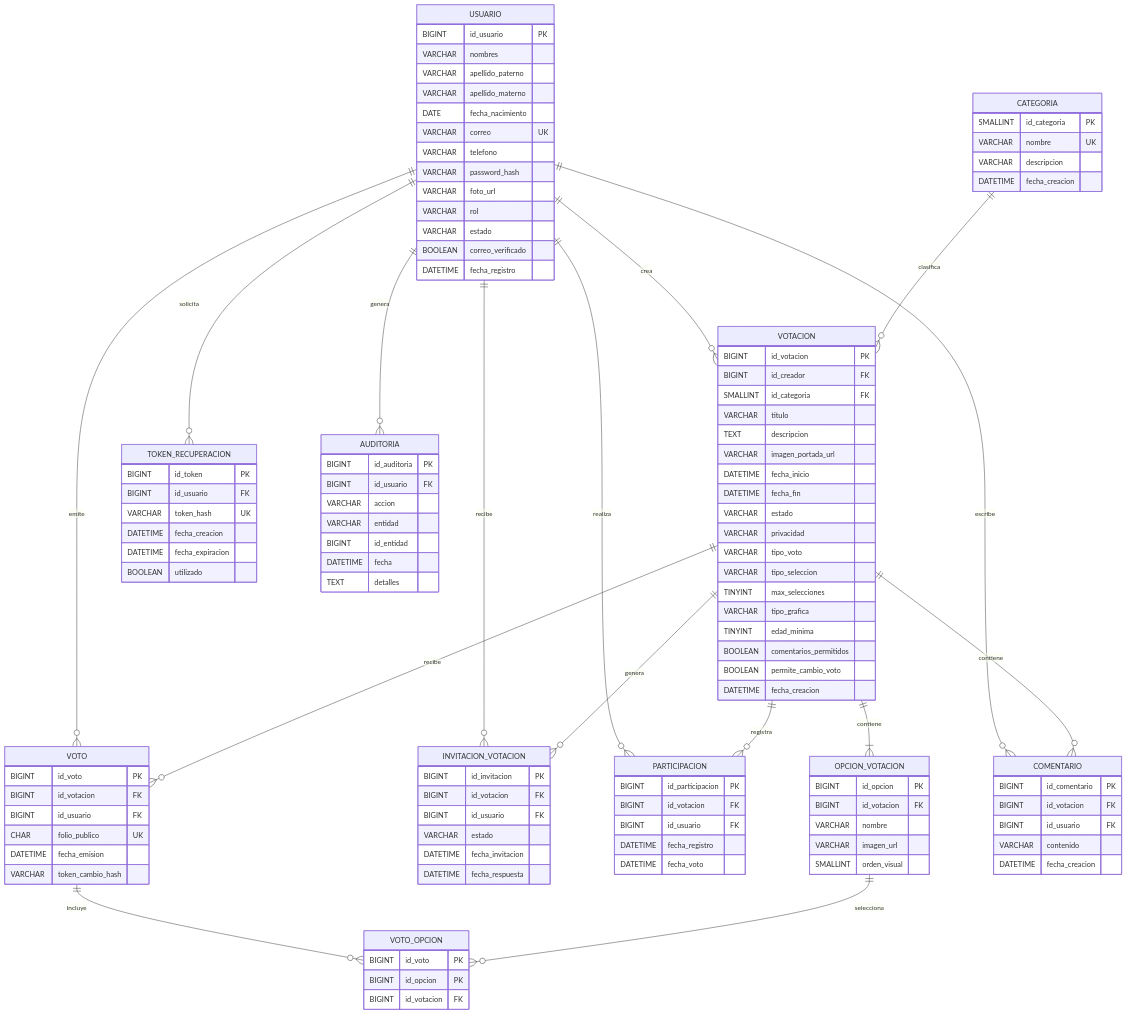
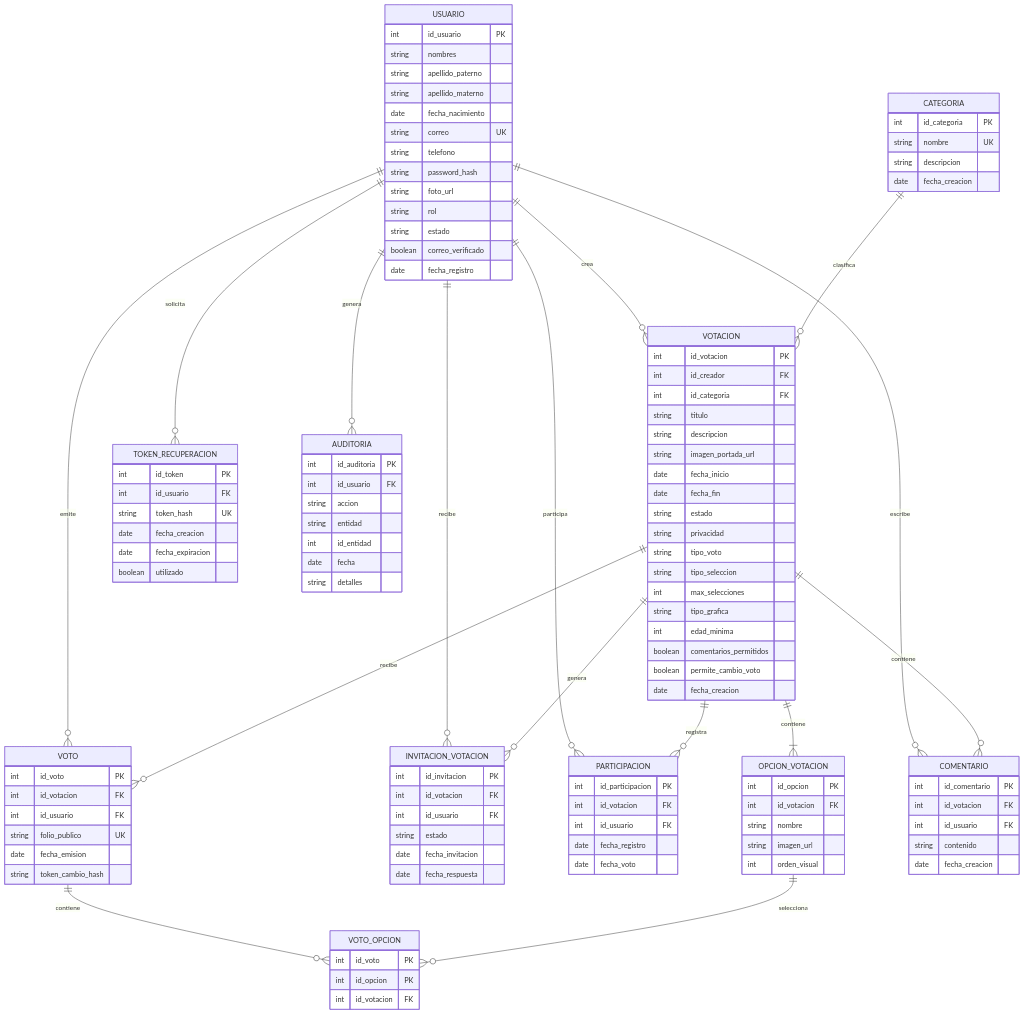
One commit to AlejandroGuillermo7/VotaYa changed the diagram in README.md. Above: the diagram before and after it, drawn with Mermaid.

Commit message:
Agrega .gitignore y actualiza README

````diff
--- a/README.md
+++ b/README.md
@@ -110,136 +110,129 @@
 ```mermaid
 erDiagram
-
     USUARIO ||--o{ VOTACION : crea
     CATEGORIA ||--o{ VOTACION : clasifica
     VOTACION ||--|{ OPCION_VOTACION : contiene
-
     USUARIO ||--o{ INVITACION_VOTACION : recibe
     VOTACION ||--o{ INVITACION_VOTACION : genera
-
-    USUARIO ||--o{ PARTICIPACION : realiza
+    USUARIO ||--o{ PARTICIPACION : participa
     VOTACION ||--o{ PARTICIPACION : registra
-
     USUARIO ||--o{ VOTO : emite
     VOTACION ||--o{ VOTO : recibe
-
-    VOTO ||--o{ VOTO_OPCION : incluye
+    VOTO ||--o{ VOTO_OPCION : contiene
     OPCION_VOTACION ||--o{ VOTO_OPCION : selecciona
-
     USUARIO ||--o{ COMENTARIO : escribe
     VOTACION ||--o{ COMENTARIO : contiene
-
     USUARIO ||--o{ TOKEN_RECUPERACION : solicita
     USUARIO ||--o{ AUDITORIA : genera
 
     USUARIO {
-        BIGINT id_usuario PK
-        VARCHAR nombres
-        VARCHAR apellido_paterno
-        VARCHAR apellido_materno
-        DATE fecha_nacimiento
-        VARCHAR correo UK
-        VARCHAR telefono
-        VARCHAR password_hash
-        VARCHAR foto_url
-        VARCHAR rol
-        VARCHAR estado
-        BOOLEAN correo_verificado
-        DATETIME fecha_registro
+        int id_usuario PK
+        string nombres
+        string apellido_paterno
+        string apellido_materno
+        date fecha_nacimiento
+        string correo UK
+        string telefono
+        string password_hash
+        string foto_url
+        string rol
+        string estado
+        boolean correo_verificado
+        date fecha_registro
     }
 
     CATEGORIA {
-        SMALLINT id_categoria PK
-        VARCHAR nombre UK
-        VARCHAR descripcion
-        DATETIME fecha_creacion
+        int id_categoria PK
+        string nombre UK
+        string descripcion
+        date fecha_creacion
     }
 
     VOTACION {
-        BIGINT id_votacion PK
-        BIGINT id_creador FK
-        SMALLINT id_categoria FK
-        VARCHAR titulo
-        TEXT descripcion
-        VARCHAR imagen_portada_url
-        DATETIME fecha_inicio
-        DATETIME fecha_fin
-        VARCHAR estado
-        VARCHAR privacidad
-        VARCHAR tipo_voto
-        VARCHAR tipo_seleccion
-        TINYINT max_selecciones
-        VARCHAR tipo_grafica
-        TINYINT edad_minima
-        BOOLEAN comentarios_permitidos
-        BOOLEAN permite_cambio_voto
-        DATETIME fecha_creacion
+        int id_votacion PK
+        int id_creador FK
+        int id_categoria FK
+        string titulo
+        string descripcion
+        string imagen_portada_url
+        date fecha_inicio
+        date fecha_fin
+        string estado
+        string privacidad
+        string tipo_voto
+        string tipo_seleccion
+        int max_selecciones
+        string tipo_grafica
+        int edad_minima
+        boolean comentarios_permitidos
+        boolean permite_cambio_voto
+        date fecha_creacion
     }
 
     OPCION_VOTACION {
-        BIGINT id_opcion PK
-        BIGINT id_votacion FK
-        VARCHAR nombre
-        VARCHAR imagen_url
-        SMALLINT orden_visual
+        int id_opcion PK
+        int id_votacion FK
+        string nombre
+        string imagen_url
+        int orden_visual
     }
 
     INVITACION_VOTACION {
-        BIGINT id_invitacion PK
-        BIGINT id_votacion FK
-        BIGINT id_usuario FK
-        VARCHAR estado
-        DATETIME fecha_invitacion
-        DATETIME fecha_respuesta
+        int id_invitacion PK
+        int id_votacion FK
+        int id_usuario FK
+        string estado
+        date fecha_invitacion
+        date fecha_respuesta
     }
 
     PARTICIPACION {
-        BIGINT id_participacion PK
-        BIGINT id_votacion FK
-        BIGINT id_usuario FK
-        DATETIME fecha_registro
-        DATETIME fecha_voto
+        int id_participacion PK
+        int id_votacion FK
+        int id_usuario FK
+        date fecha_registro
+        date fecha_voto
     }
 
     VOTO {
-        BIGINT id_voto PK
-        BIGINT id_votacion FK
-        BIGINT id_usuario FK
-        CHAR folio_publico UK
-        DATETIME fecha_emision
-        VARCHAR token_cambio_hash
+        int id_voto PK
+        int id_votacion FK
+        int id_usuario FK
+        string folio_publico UK
+        date fecha_emision
+        string token_cambio_hash
     }
 
     VOTO_OPCION {
-        BIGINT id_voto PK
-        BIGINT id_opcion PK
-        BIGINT id_votacion FK
+        int id_voto PK
+        int id_opcion PK
+        int id_votacion FK
     }
 
     COMENTARIO {
-        BIGINT id_comentario PK
-        BIGINT id_votacion FK
-        BIGINT id_usuario FK
-        VARCHAR contenido
-        DATETIME fecha_creacion
+        int id_comentario PK
+        int id_votacion FK
+        int id_usuario FK
+        string contenido
+        date fecha_creacion
     }
 
     TOKEN_RECUPERACION {
-        BIGINT id_token PK
-        BIGINT id_usuario FK
-        VARCHAR token_hash UK
-        DATETIME fecha_creacion
-        DATETIME fecha_expiracion
-        BOOLEAN utilizado
+        int id_token PK
+        int id_usuario FK
+        string token_hash UK
+        date fecha_creacion
+        date fecha_expiracion
+        boolean utilizado
     }
 
     AUDITORIA {
-        BIGINT id_auditoria PK
-        BIGINT id_usuario FK
-        VARCHAR accion
-        VARCHAR entidad
-        BIGINT id_entidad
-        DATETIME fecha
-        TEXT detalles
+        int id_auditoria PK
+        int id_usuario FK
+        string accion
+        string entidad
+        int id_entidad
+        date fecha
+        string detalles
     }
 ```
````
